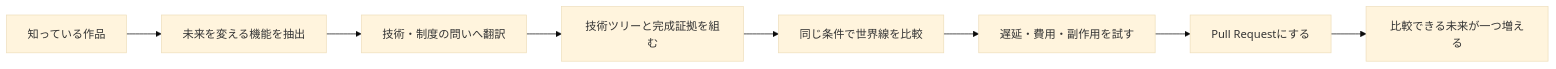
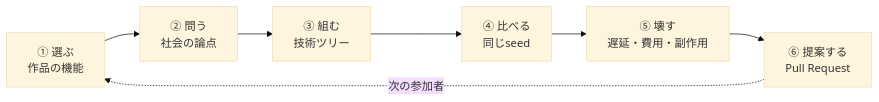
Before and after one commit to nexus-ai-2045/fiction-forks: the second of 3 diagrams in README.md, drawn with Mermaid (base theme). The commit also changed other lines of this file, not shown here.

````diff
--- a/README.md
+++ b/README.md
@@ -26,10 +60,9 @@
 ```mermaid
 flowchart LR
-    fiction["知っている作品"] --> lens["未来を変える機能を抽出"]
-    lens --> translate["技術・制度の問いへ翻訳"]
-    translate --> tree["技術ツリーと完成証拠を組む"]
-    tree --> simulate["同じ条件で世界線を比較"]
-    simulate --> stress["遅延・費用・副作用を試す"]
-    stress --> pullRequest["Pull Requestにする"]
-    pullRequest --> newWorld["比較できる未来が一つ増える"]
+    pick["① 選ぶ<br/>作品の機能"] --> question["② 問う<br/>社会の論点"]
+    question --> build["③ 組む<br/>技術ツリー"]
+    build --> run["④ 比べる<br/>同じseed"]
+    run --> break["⑤ 壊す<br/>遅延・費用・副作用"]
+    break --> pr["⑥ 提案する<br/>Pull Request"]
+    pr -. "次の参加者" .-> pick
 ```
````
